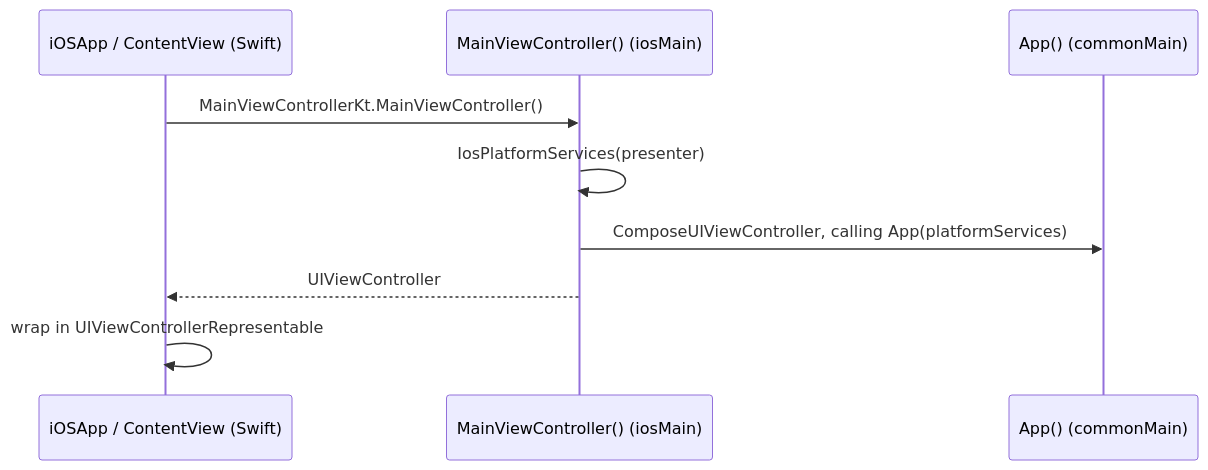
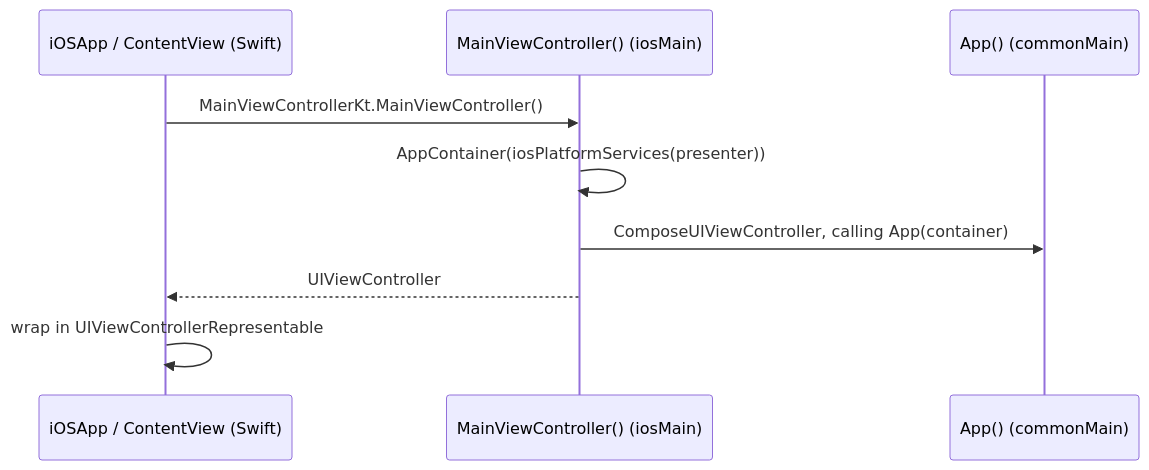
The fourth of 4 diagrams in docs/01-kmp-project-structure.md (chankruze/morsekit), drawn with Mermaid before and after one commit. The commit also changed other lines of this file and 6 other files, not shown here.

First line of the commit message:
docs: document settings architecture and update roadmap

````diff
--- a/docs/01-kmp-project-structure.md
+++ b/docs/01-kmp-project-structure.md
@@ -113,11 +116,11 @@
 ```mermaid
 sequenceDiagram
     participant Swift as iOSApp / ContentView (Swift)
     participant MVC as MainViewController() (iosMain)
     participant App as App() (commonMain)
     Swift->>MVC: MainViewControllerKt.MainViewController()
-    MVC->>MVC: IosPlatformServices(presenter)
-    MVC->>App: ComposeUIViewController, calling App(platformServices)
+    MVC->>MVC: AppContainer(iosPlatformServices(presenter))
+    MVC->>App: ComposeUIViewController, calling App(container)
     MVC-->>Swift: UIViewController
     Swift->>Swift: wrap in UIViewControllerRepresentable
 ```
````
